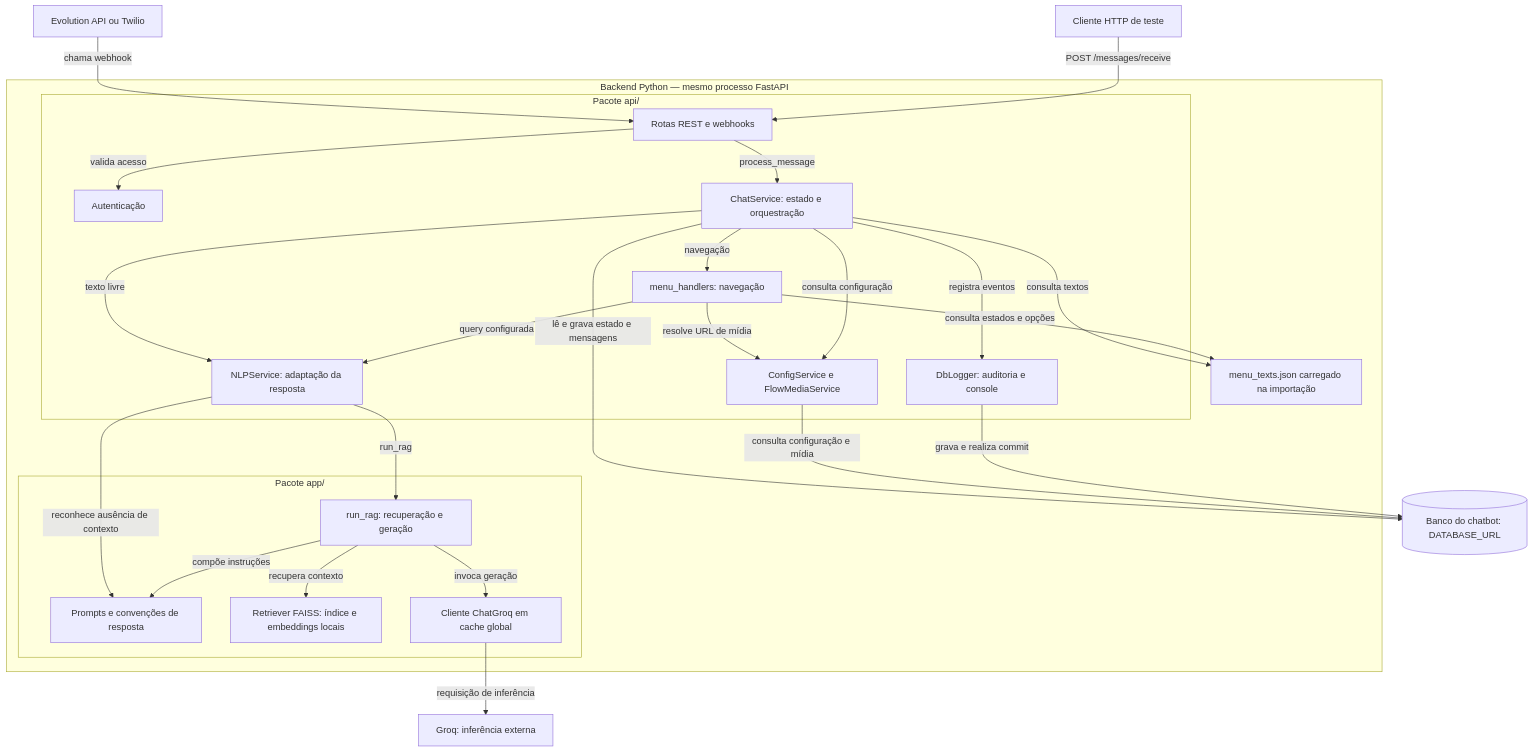
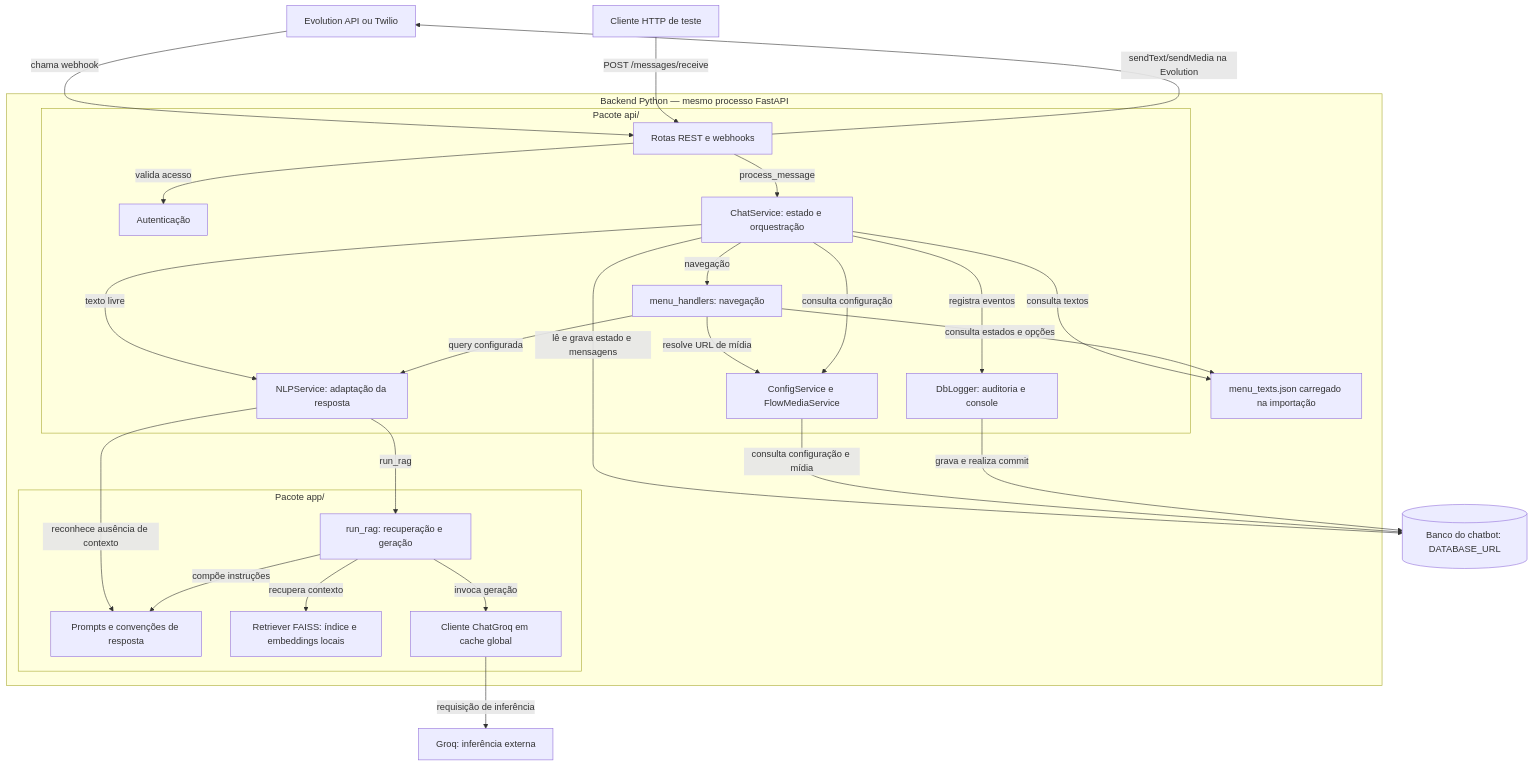
The first of 4 diagrams in docs/02-arquitetura.md (davi-aguiar/tcc-chatbot-avaliacao-arquitetural), drawn with Mermaid before and after one commit. The commit also changed other lines of this file and 5 other files, not shown here.

````diff
--- a/docs/02-arquitetura.md
+++ b/docs/02-arquitetura.md
@@ -11,46 +15,47 @@
 ```mermaid
 flowchart TD
     GW["Evolution API ou Twilio"]
     HTTP["Cliente HTTP de teste"]
     subgraph BACKEND["Backend Python — mesmo processo FastAPI"]
         subgraph API["Pacote api/"]
             ROUTES["Rotas REST e webhooks"]
             AUTH["Autenticação"]
             CS["ChatService: estado e orquestração"]
             MH["menu_handlers: navegação"]
             CFG["ConfigService e FlowMediaService"]
             NLP["NLPService: adaptação da resposta"]
             LOG["DbLogger: auditoria e console"]
         end
         subgraph CORE["Pacote app/"]
             RAG["run_rag: recuperação e geração"]
             PROMPT["Prompts e convenções de resposta"]
             RET["Retriever FAISS: índice e embeddings locais"]
             CLIENT["Cliente ChatGroq em cache global"]
         end
         JSON["menu_texts.json carregado na importação"]
     end
     DB[("Banco do chatbot: DATABASE_URL")]
     GROQ["Groq: inferência externa"]
     GW -->|chama webhook| ROUTES
+    ROUTES -->|sendText/sendMedia na Evolution| GW
     HTTP -->|POST /messages/receive| ROUTES
     ROUTES -->|valida acesso| AUTH
     ROUTES -->|process_message| CS
     CS -->|navegação| MH
     CS -->|texto livre| NLP
     MH -->|query configurada| NLP
     CS -->|consulta textos| JSON
     MH -->|consulta estados e opções| JSON
     MH -->|resolve URL de mídia| CFG
     CS -->|consulta configuração| CFG
     CS -->|lê e grava estado e mensagens| DB
     CFG -->|consulta configuração e mídia| DB
     CS -->|registra eventos| LOG
     LOG -->|grava e realiza commit| DB
     NLP -->|run_rag| RAG
     NLP -->|reconhece ausência de contexto| PROMPT
     RAG -->|compõe instruções| PROMPT
     RAG -->|recupera contexto| RET
     RAG -->|invoca geração| CLIENT
     CLIENT -->|requisição de inferência| GROQ
 ```
````
